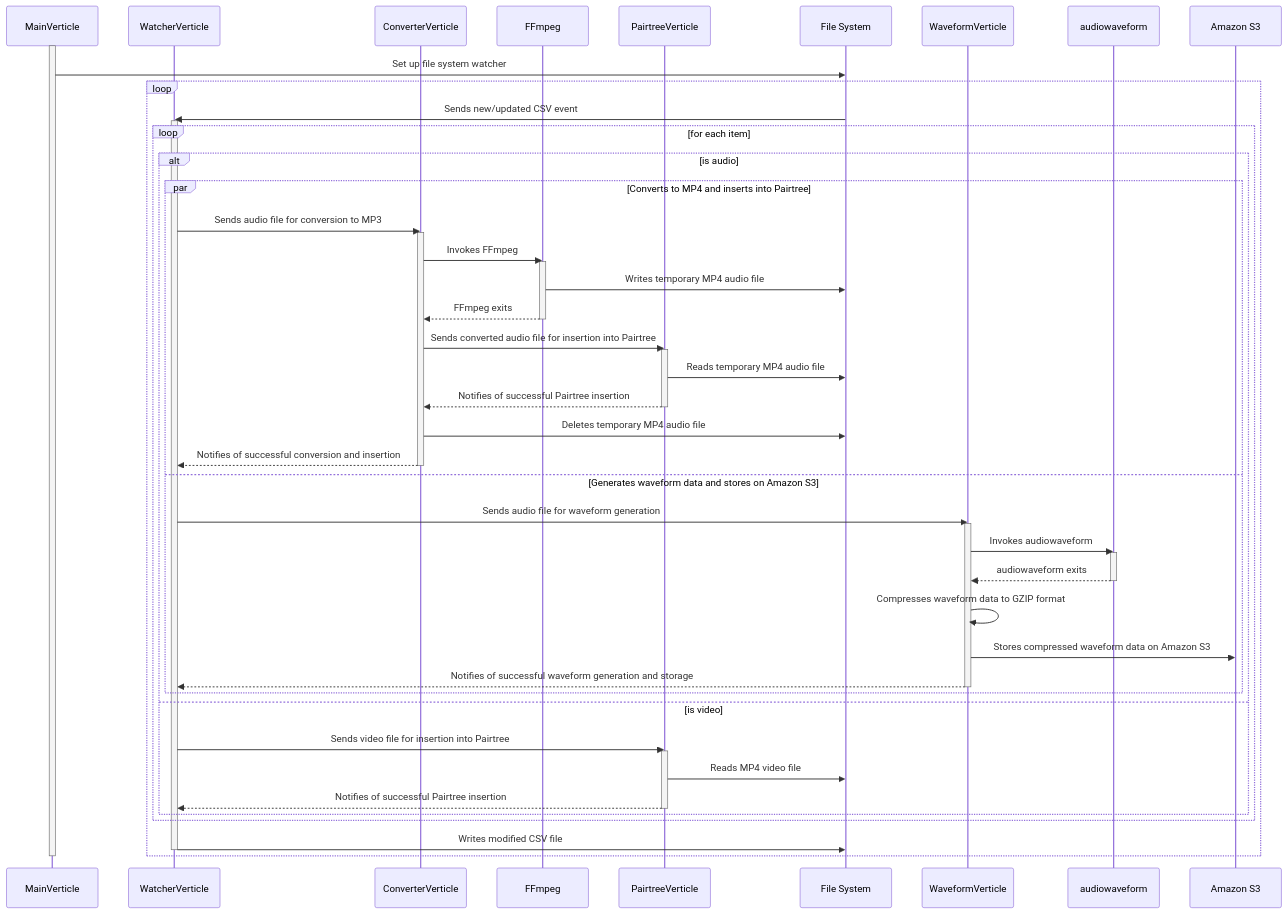
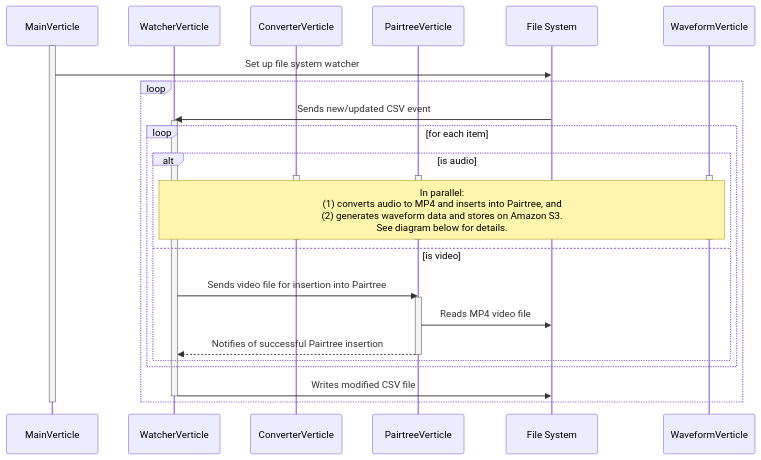
The diagram in docs/images/architecture.mermaid (UCLALibrary/av-pairtree), drawn with Mermaid before and after one commit. The commit also changed 5 other files, not shown here.

Commit message:
Move audio processing sequence to separate diagram

```diff
--- a/docs/images/architecture.mermaid
+++ b/docs/images/architecture.mermaid
@@ -1,75 +1,43 @@
 sequenceDiagram
 
     participant MainVerticle;
     participant WatcherVerticle;
     participant ConverterVerticle;
-    participant FFmpeg;
     participant PairtreeVerticle;
     participant File System;
     participant WaveformVerticle;
-    participant audiowaveform;
-    participant Amazon S3;
 
     activate MainVerticle
 
     MainVerticle->>File System: Set up file system watcher
 
     loop
         File System->>WatcherVerticle: Sends new/updated CSV event
         activate WatcherVerticle
 
         loop for each item
             alt is audio
-                par Converts to MP4 and inserts into Pairtree
-                    WatcherVerticle->>ConverterVerticle: Sends audio file for conversion to MP3
-                    activate ConverterVerticle
+                activate ConverterVerticle
+                activate PairtreeVerticle
+                activate WaveformVerticle
 
-                    ConverterVerticle->>FFmpeg: Invokes FFmpeg
-                    activate FFmpeg
+                note over WatcherVerticle,WaveformVerticle: In parallel:<br>(1) converts audio to MP4 and inserts into Pairtree, and<br>(2) generates waveform data and stores on Amazon S3.<br>See diagram below for details.
 
-                    FFmpeg->>File System: Writes temporary MP4 audio file
-                    FFmpeg-->>ConverterVerticle: FFmpeg exits
-                    deactivate FFmpeg
-
-                    ConverterVerticle->>PairtreeVerticle: Sends converted audio file for insertion into Pairtree
-                    activate PairtreeVerticle
-
-                    PairtreeVerticle->>File System: Reads temporary MP4 audio file
-                    PairtreeVerticle-->>ConverterVerticle: Notifies of successful Pairtree insertion
-                    deactivate PairtreeVerticle
-
-                    ConverterVerticle->>File System: Deletes temporary MP4 audio file
-                    ConverterVerticle-->>WatcherVerticle: Notifies of successful conversion and insertion
-                    deactivate ConverterVerticle
-                and Generates waveform data and stores on Amazon S3
-                    WatcherVerticle->>WaveformVerticle: Sends audio file for waveform generation
-                    activate WaveformVerticle
-
-                    WaveformVerticle->>audiowaveform: Invokes audiowaveform
-                    activate audiowaveform
-
-                    audiowaveform-->>WaveformVerticle: audiowaveform exits
-                    deactivate audiowaveform
-
-                    WaveformVerticle->>WaveformVerticle: Compresses waveform data to GZIP format
-
-                    WaveformVerticle->>Amazon S3: Stores compressed waveform data on Amazon S3
-
-                    WaveformVerticle-->>WatcherVerticle: Notifies of successful waveform generation and storage
-                    deactivate WaveformVerticle
-                end
+                deactivate ConverterVerticle
+                deactivate PairtreeVerticle
+                deactivate WaveformVerticle
             else is video
                 WatcherVerticle->>PairtreeVerticle: Sends video file for insertion into Pairtree
                 activate PairtreeVerticle
 
                 PairtreeVerticle->>File System: Reads MP4 video file
                 PairtreeVerticle-->>WatcherVerticle: Notifies of successful Pairtree insertion
                 deactivate PairtreeVerticle
             end
         end
 
         WatcherVerticle->>File System: Writes modified CSV file
         deactivate WatcherVerticle
     end
 
     deactivate MainVerticle
```
